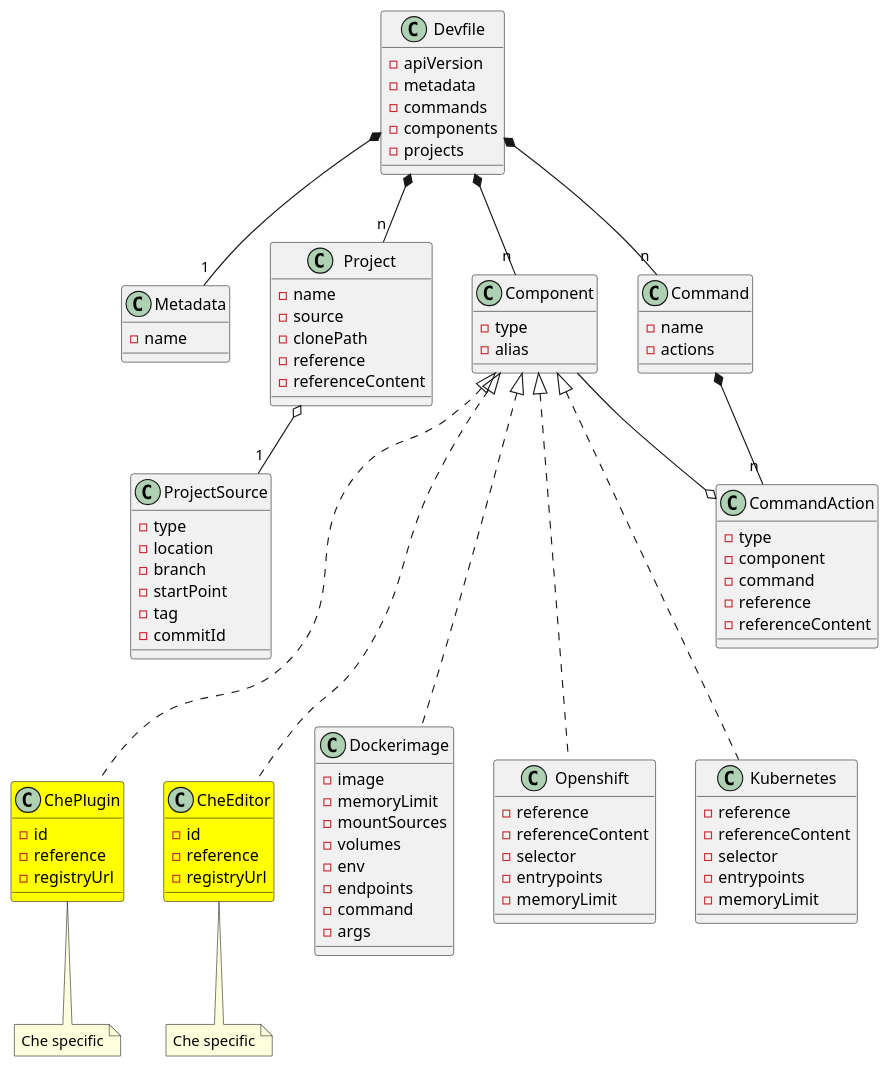
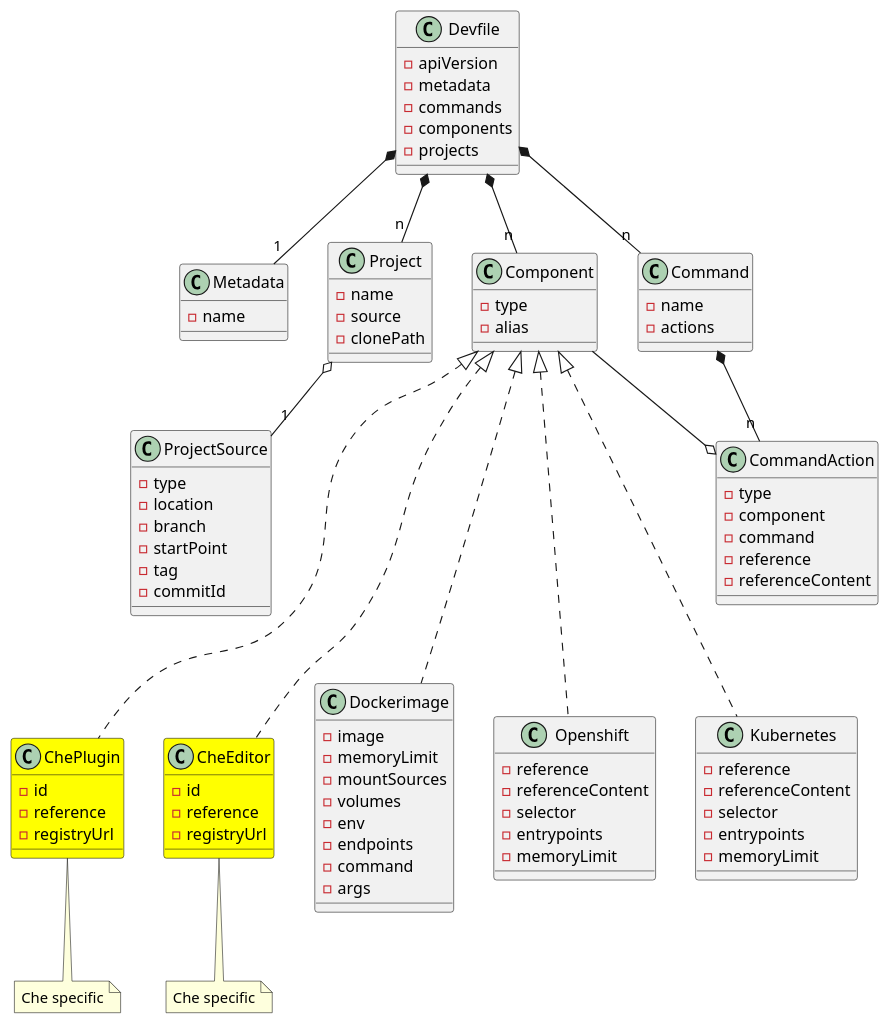
Before and after one commit to redhat-developer/devfile: the diagram in devfile_next.plantuml, drawn with PlantUML. The commit also changed 1 other file, not shown here.

Commit message:
fixup! Update Devfile diagram

```diff
--- a/devfile_next.plantuml
+++ b/devfile_next.plantuml
@@ -1,122 +1,120 @@
 @startuml devfile_next
 
 class Devfile {
   - apiVersion
   - metadata
   - commands
   - components
   - projects
 }
 
 together {
   class Metadata
   class Component
   class Command
   class Project
 }
 
 Devfile *-- "1" Metadata
 Devfile *-- "n" Component
 Devfile *-- "n" Command
 Devfile *-- "n" Project
 
 class Metadata {
   - name
 }
 
 class Component {
     - type
     - alias
 }
 
 
 Component <|-.. Dockerimage
 Component <|-.. Openshift
 Component <|-.. Kubernetes
 Component <|-.. ChePlugin
 Component <|-.. CheEditor
 
 class Command {
   - name
   - actions
 }
 
 Command *-- "n" CommandAction
 CommandAction o-- Component
 
 class CommandAction {
   - type
   - component
   - command
   - reference
   - referenceContent
 }
 
 class Project {
   - name
   - source
   - clonePath
-  - reference
-  - referenceContent
 }
 
 Project o-- "1" ProjectSource
 
 class ProjectSource {
   - type
   - location
   - branch
   - startPoint
   - tag
   - commitId
 }
 
 Project -[hidden]> Component
 Component -[hidden]> Command
 ProjectSource -[hidden]> CommandAction
 
 class Dockerimage {
    - image
    - memoryLimit
    - mountSources
    - volumes
    - env
    - endpoints
    - command
    - args
 }
 
 class Openshift {
   - reference
   - referenceContent
   - selector
   - entrypoints
   - memoryLimit
 }
 
 class Kubernetes {
   - reference
   - referenceContent
   - selector
   - entrypoints
   - memoryLimit
 }
 
 class ChePlugin #yellow {
   - id
   - reference
   - registryUrl
 }
 note bottom of ChePlugin: Che specific
 
 class CheEditor #yellow {
   - id
   - reference
   - registryUrl
 }
 note bottom of CheEditor: Che specific
 
 ChePlugin -[hidden]> CheEditor
 CheEditor -[hidden]> Dockerimage
 
 @enduml
```
